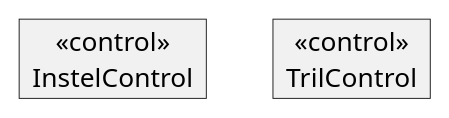
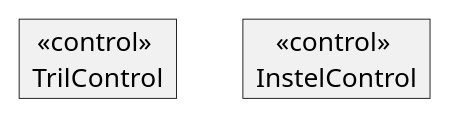
Before and after one commit to HU-TI-DEV/TI-S3: the fifth of 20 diagrams in software/modelleren/plantuml/plantuml.md, drawn with PlantUML. The commit also changed other lines of this file and 29 other files, not shown here.

````diff
--- a/software/modelleren/plantuml/plantuml.md
+++ b/software/modelleren/plantuml/plantuml.md
@@ -55,10 +56,10 @@
 ```plantuml
 @startuml
 
 hide attributes
-hide methods
-object "<<control>>\nInstelControl" as O1
-object "<<control>>\nTrilControl" as O2
+
+object "<<control>> \nTrilControl" as O2
+object "<<control>> \nInstelControl" as O4
 
 @enduml
 ```
````
